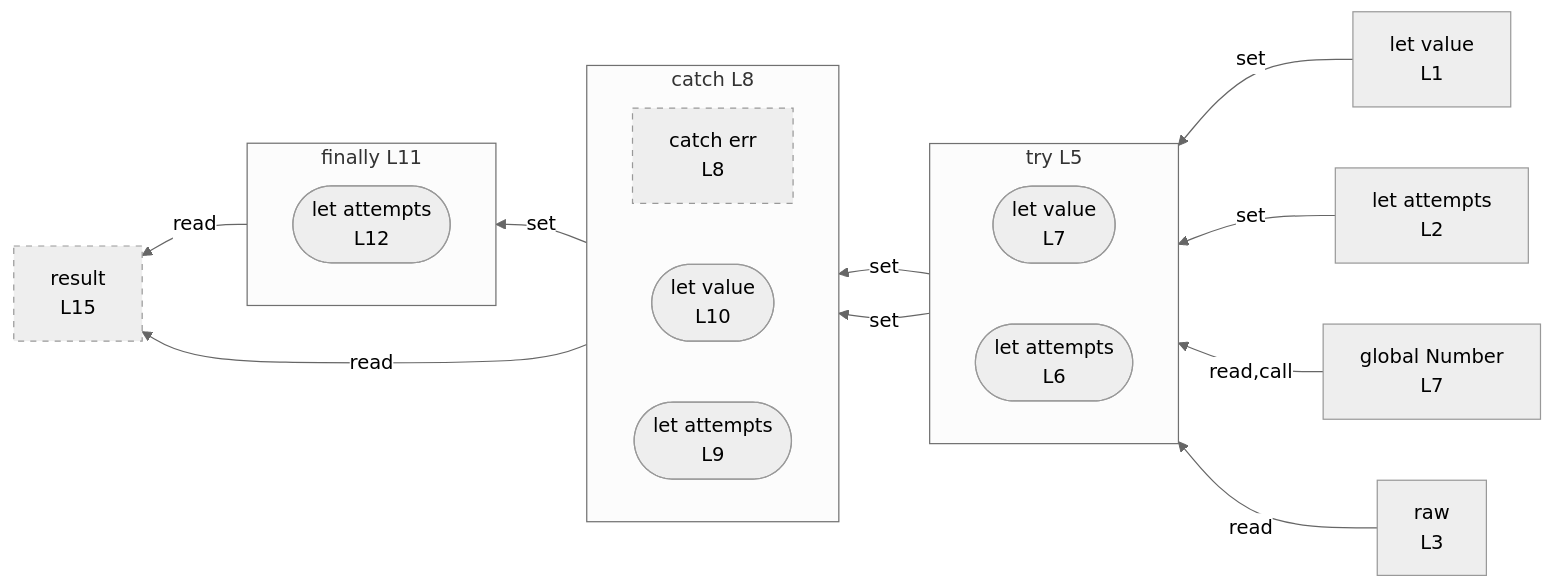
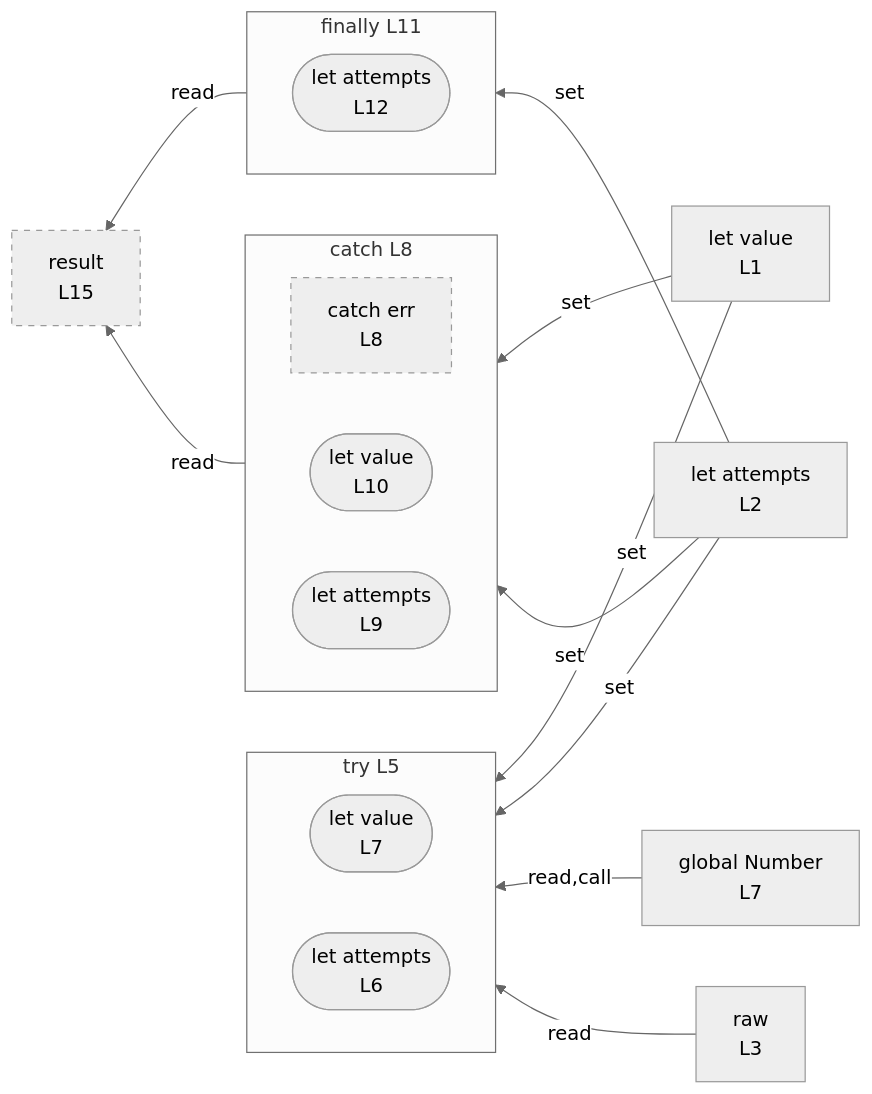
One commit to crescware/unsnarl changed the diagram in integration/fixtures/control-try/preview.md. Above: the diagram before and after it, drawn with Mermaid (neutral theme). The commit also changed 11 other files, not shown here.

````diff
--- a/integration/fixtures/control-try/preview.md
+++ b/integration/fixtures/control-try/preview.md
@@ -25,35 +25,35 @@
 ```mermaid
 flowchart RL
   n_scope_0_value_4["let value<br/>L1"]
   n_scope_0_attempts_19["let attempts<br/>L2"]
   n_scope_0_raw_39["raw<br/>L3"]
   n_scope_0_result_182["result<br/>L15"]
   n_scope_0_Number_84["global Number<br/>L7"]
   subgraph s_scope_1["try L5"]
     direction RL
     wr_ref_1(["let value<br/>L7"])
     wr_ref_0(["let attempts<br/>L6"])
   end
   subgraph s_scope_2["catch L8"]
     direction RL
     n_scope_2_err_106["catch err<br/>L8"]
     wr_ref_5(["let value<br/>L10"])
     wr_ref_4(["let attempts<br/>L9"])
   end
   subgraph s_scope_3["finally L11"]
     direction RL
     wr_ref_6(["let attempts<br/>L12"])
   end
   n_scope_0_value_4 -->|set| wr_ref_1
-  wr_ref_1 -->|set| wr_ref_5
+  n_scope_0_value_4 -->|set| wr_ref_5
   n_scope_0_attempts_19 -->|set| wr_ref_0
-  wr_ref_0 -->|set| wr_ref_4
-  wr_ref_4 -->|set| wr_ref_6
+  n_scope_0_attempts_19 -->|set| wr_ref_4
+  n_scope_0_attempts_19 -->|set| wr_ref_6
   n_scope_0_Number_84 -->|read,call| wr_ref_1
   n_scope_0_raw_39 -->|read| wr_ref_1
   wr_ref_5 -->|read| n_scope_0_result_182
   wr_ref_6 -->|read| n_scope_0_result_182
   classDef unused stroke-dasharray: 5 5;
   class n_scope_0_result_182 unused;
   class n_scope_2_err_106 unused;
 ```
````
